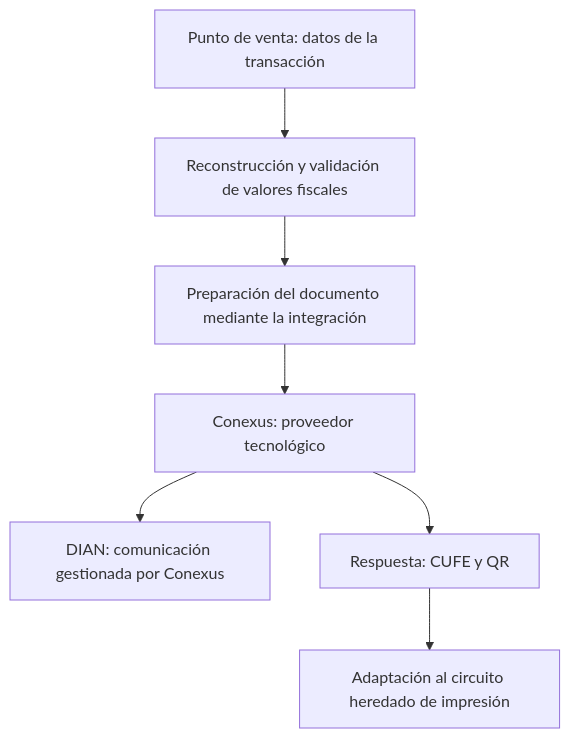
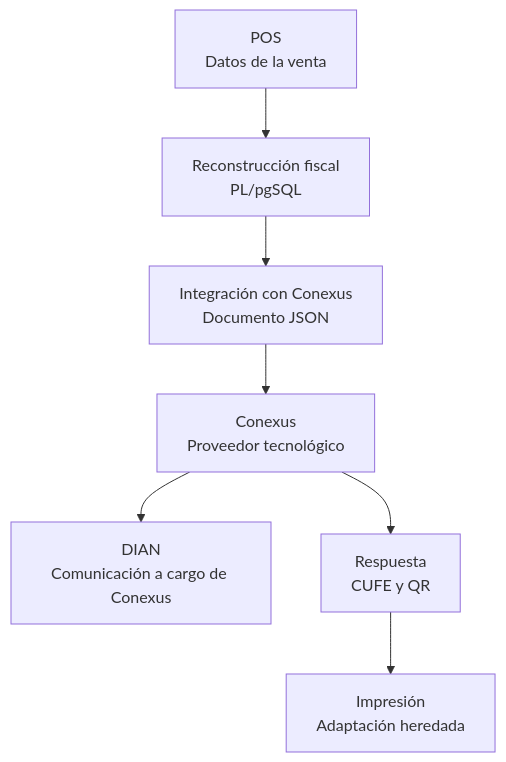
Before and after one commit to jotaprogramming/Portfolio: the diagram in case-study-facturacion-electronica.md, drawn with Mermaid. The commit also changed other lines of this file and 4 other files, not shown here.

````diff
--- a/case-study-facturacion-electronica.md
+++ b/case-study-facturacion-electronica.md
@@ -116,9 +116,9 @@
 ```mermaid
 flowchart TD
-    A["Punto de venta: datos de la transacción"] --> B["Reconstrucción y validación de valores fiscales"]
-    B --> C["Preparación del documento mediante la integración"]
-    C --> D["Conexus: proveedor tecnológico"]
-    D --> E["DIAN: comunicación gestionada por Conexus"]
-    D --> F["Respuesta: CUFE y QR"]
-    F --> G["Adaptación al circuito heredado de impresión"]
+    A["POS<br/>Datos de la venta"] --> B["Reconstrucción fiscal<br/>PL/pgSQL"]
+    B --> C["Integración con Conexus<br/>Documento JSON"]
+    C --> D["Conexus<br/>Proveedor tecnológico"]
+    D --> E["DIAN<br/>Comunicación a cargo de Conexus"]
+    D --> F["Respuesta<br/>CUFE y QR"]
+    F --> G["Impresión<br/>Adaptación heredada"]
 ```
````
